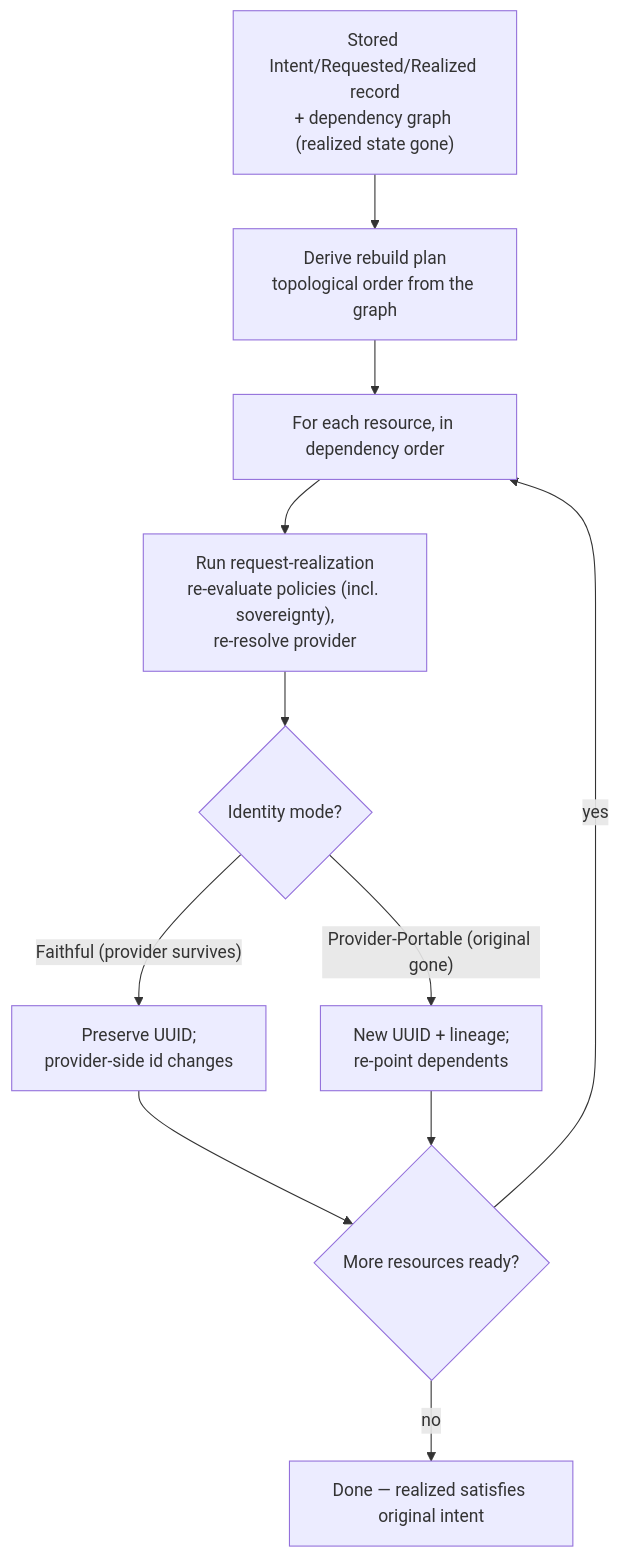
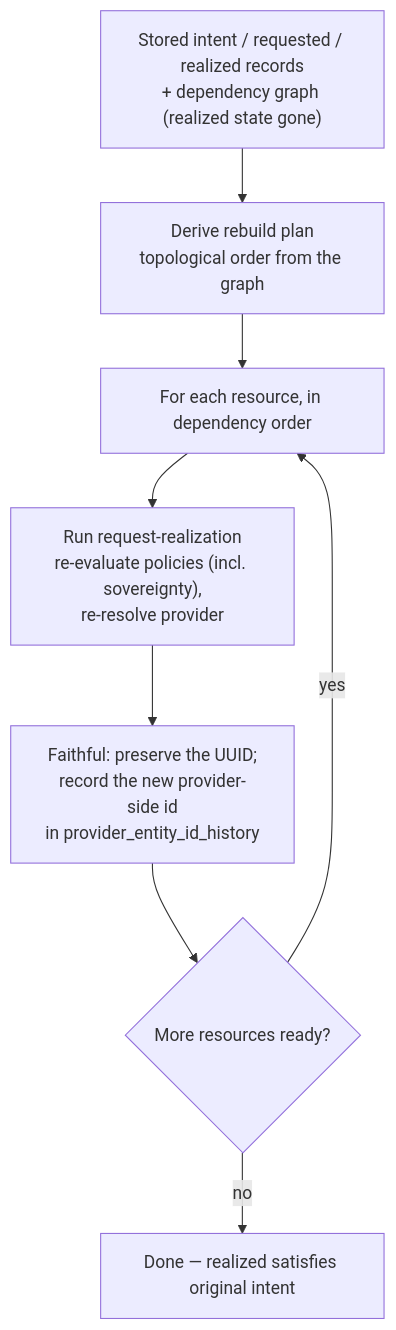
The diagram in docs/flows/uc-10-dynamic-rehydration.md (croadfeldt/udlm), drawn with Mermaid before and after one commit. The commit also changed other lines of this file and 22 other files, not shown here.

````diff
--- a/docs/flows/uc-10-dynamic-rehydration.md
+++ b/docs/flows/uc-10-dynamic-rehydration.md
@@ -54,13 +56,10 @@
 ```mermaid
 flowchart TD
-  S["Stored Intent/Requested/Realized record<br/>+ dependency graph (realized state gone)"] --> P["Derive rebuild plan<br/>topological order from the graph"]
+  S["Stored intent / requested / realized records<br/>+ dependency graph (realized state gone)"] --> P["Derive rebuild plan<br/>topological order from the graph"]
   P --> L["For each resource, in dependency order"]
   L --> RR["Run request-realization<br/>re-evaluate policies (incl. sovereignty),<br/>re-resolve provider"]
-  RR --> ID{"Identity mode?"}
-  ID -- "Faithful (provider survives)" --> F["Preserve UUID;<br/>provider-side id changes"]
-  ID -- "Provider-Portable (original gone)" --> V["New UUID + lineage;<br/>re-point dependents"]
+  RR --> F["Faithful: preserve the UUID;<br/>record the new provider-side id<br/>in provider_entity_id_history"]
   F --> N{"More resources ready?"}
-  V --> N
   N -- yes --> L
   N -- no --> D["Done — realized satisfies original intent"]
 ```
````
